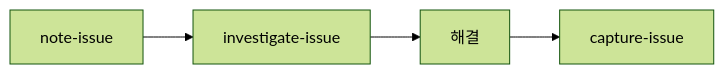
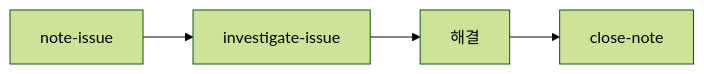
One commit to flex-team/flex-oncall changed the third of 5 diagrams in .claude/commands/ops/README.adoc. Above: the diagram before and after it, drawn with Mermaid (forest theme). The commit also changed other lines of this file and 8 other files, not shown here.

First line of the commit message:
♻️ ops 커맨드 구조 개편: capture-issue → close-note, update-cookbook + update-index → update-artifacts

```diff
--- a/.claude/commands/ops/README.adoc
+++ b/.claude/commands/ops/README.adoc
@@ -297,7 +275,7 @@
 [mermaid]
 ....
 graph LR
     A["note-issue"] --> B["investigate-issue"]
     B --> C["해결"]
-    C --> D["capture-issue"]
+    C --> D["close-note"]
 ....
```
